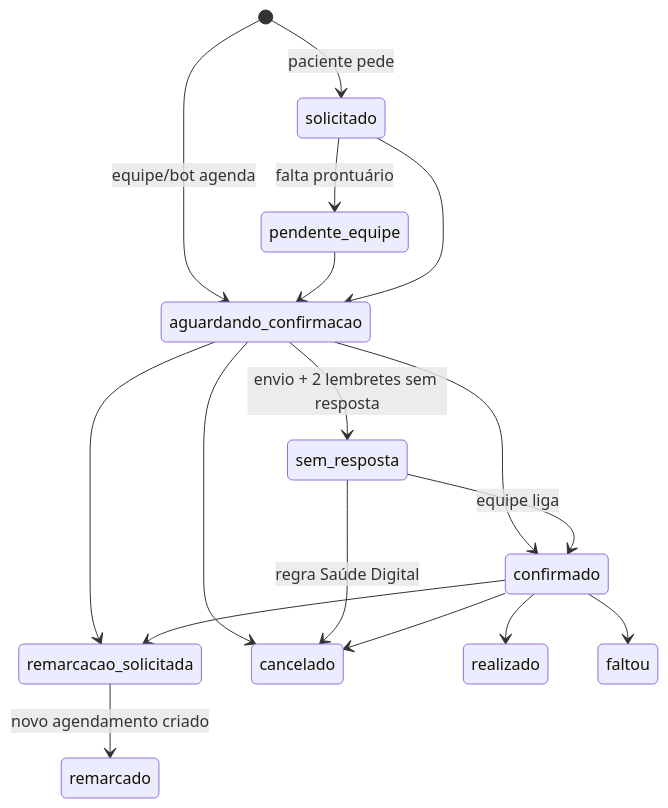
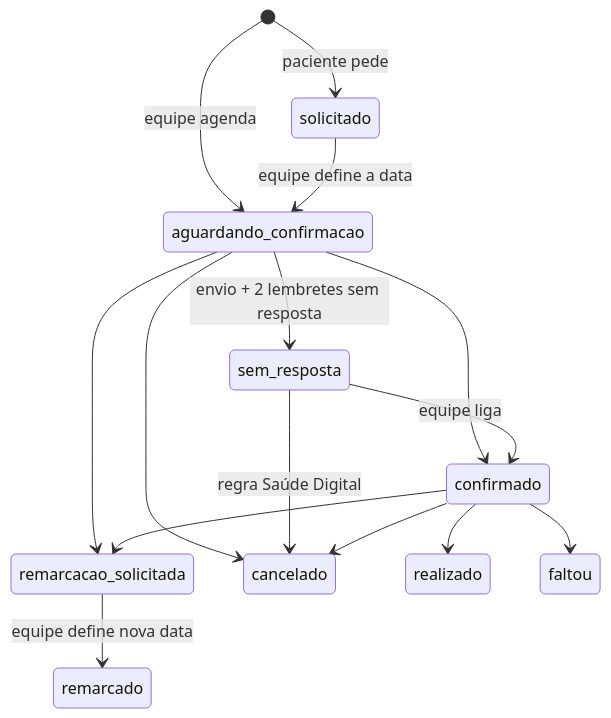
The second of 3 diagrams in docs/BANCO_DE_DADOS.md (thompsoncysneiros/json-server-template), drawn with Mermaid before and after one commit. The commit also changed other lines of this file and 3 other files, not shown here.

````diff
--- a/docs/BANCO_DE_DADOS.md
+++ b/docs/BANCO_DE_DADOS.md
@@ -290,19 +270,17 @@
 ```mermaid
 stateDiagram-v2
     [*] --> solicitado: paciente pede
-    [*] --> aguardando_confirmacao: equipe/bot agenda
-    solicitado --> pendente_equipe: falta prontuário
-    pendente_equipe --> aguardando_confirmacao
-    solicitado --> aguardando_confirmacao
+    [*] --> aguardando_confirmacao: equipe agenda
+    solicitado --> aguardando_confirmacao: equipe define a data
     aguardando_confirmacao --> confirmado
     aguardando_confirmacao --> remarcacao_solicitada
     aguardando_confirmacao --> cancelado
     aguardando_confirmacao --> sem_resposta: envio + 2 lembretes sem resposta
     sem_resposta --> confirmado: equipe liga
     sem_resposta --> cancelado: regra Saúde Digital
     confirmado --> remarcacao_solicitada
     confirmado --> cancelado
-    remarcacao_solicitada --> remarcado: novo agendamento criado
+    remarcacao_solicitada --> remarcado: equipe define nova data
     confirmado --> realizado
     confirmado --> faltou
 ```
````
